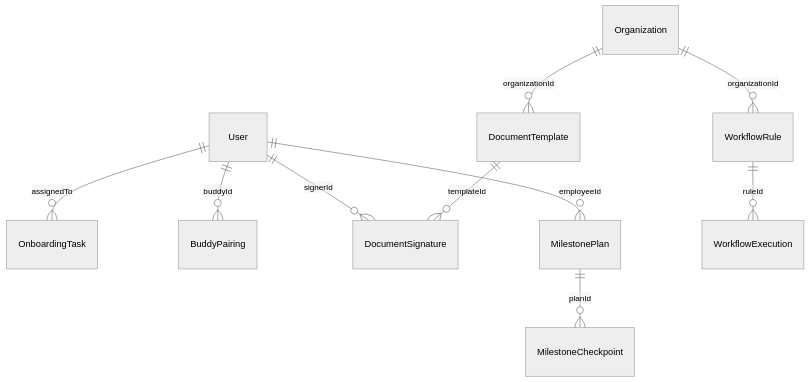
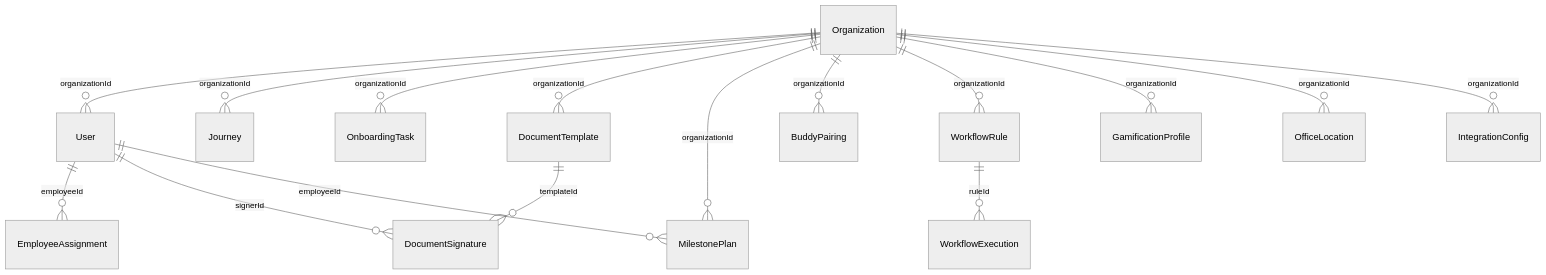
One commit to kavicastelo/talnova-onboarding changed the diagram in docs/TALNOVA_ONBOARDING_FEATURE_AUDIT.md. Above: the diagram before and after it, drawn with Mermaid (neutral theme). The commit also changed other lines of this file, not shown here.

````diff
--- a/docs/TALNOVA_ONBOARDING_FEATURE_AUDIT.md
+++ b/docs/TALNOVA_ONBOARDING_FEATURE_AUDIT.md
@@ -522,13 +547,19 @@
 ```mermaid
 erDiagram
-    User ||--o{ OnboardingTask : assignedTo
-    User ||--o{ BuddyPairing : buddyId
+    Organization ||--o{ User : organizationId
+    Organization ||--o{ Journey : organizationId
+    Organization ||--o{ OnboardingTask : organizationId
+    Organization ||--o{ DocumentTemplate : organizationId
+    Organization ||--o{ MilestonePlan : organizationId
+    Organization ||--o{ BuddyPairing : organizationId
+    Organization ||--o{ WorkflowRule : organizationId
+    Organization ||--o{ GamificationProfile : organizationId
+    Organization ||--o{ OfficeLocation : organizationId
+    Organization ||--o{ IntegrationConfig : organizationId
+    
+    User ||--o{ EmployeeAssignment : employeeId
     User ||--o{ DocumentSignature : signerId
     User ||--o{ MilestonePlan : employeeId
-    Organization ||--o{ WorkflowRule : organizationId
-    Organization ||--o{ DocumentTemplate : organizationId
-    
     DocumentTemplate ||--o{ DocumentSignature : templateId
-    MilestonePlan ||--o{ MilestoneCheckpoint : planId
     WorkflowRule ||--o{ WorkflowExecution : ruleId
 ```
````
